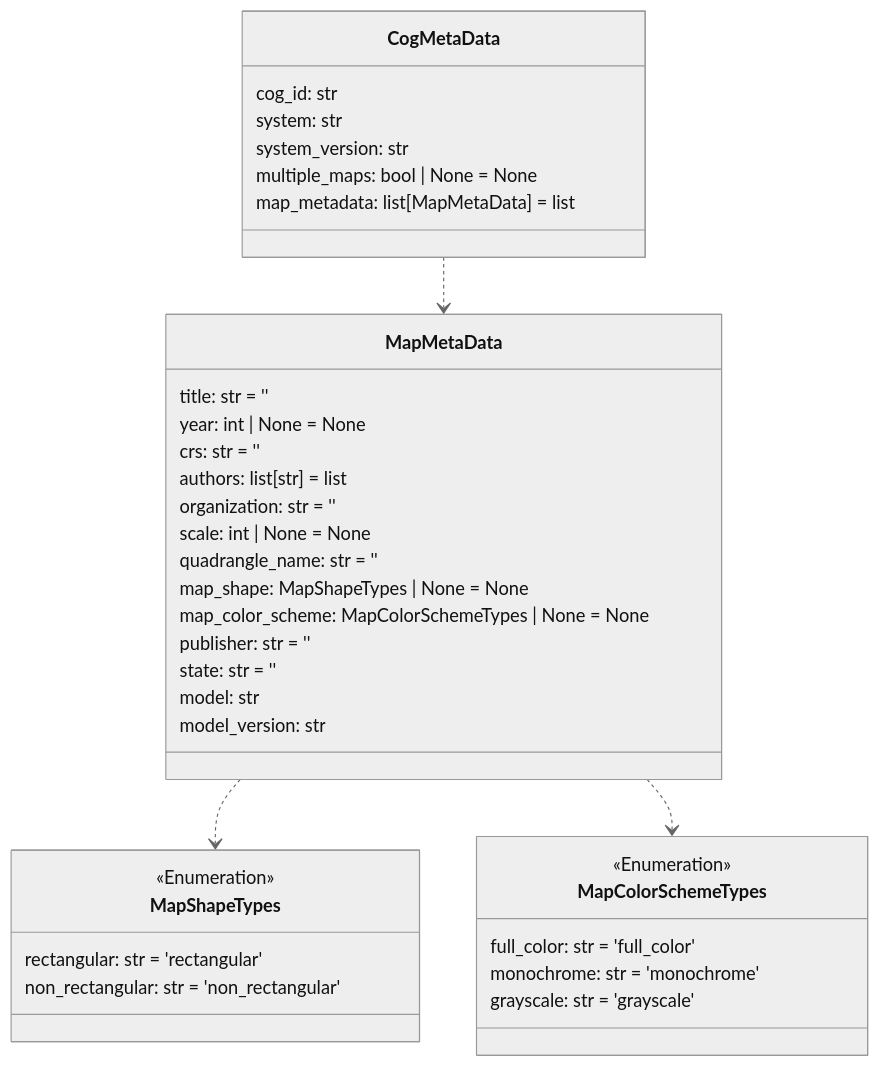
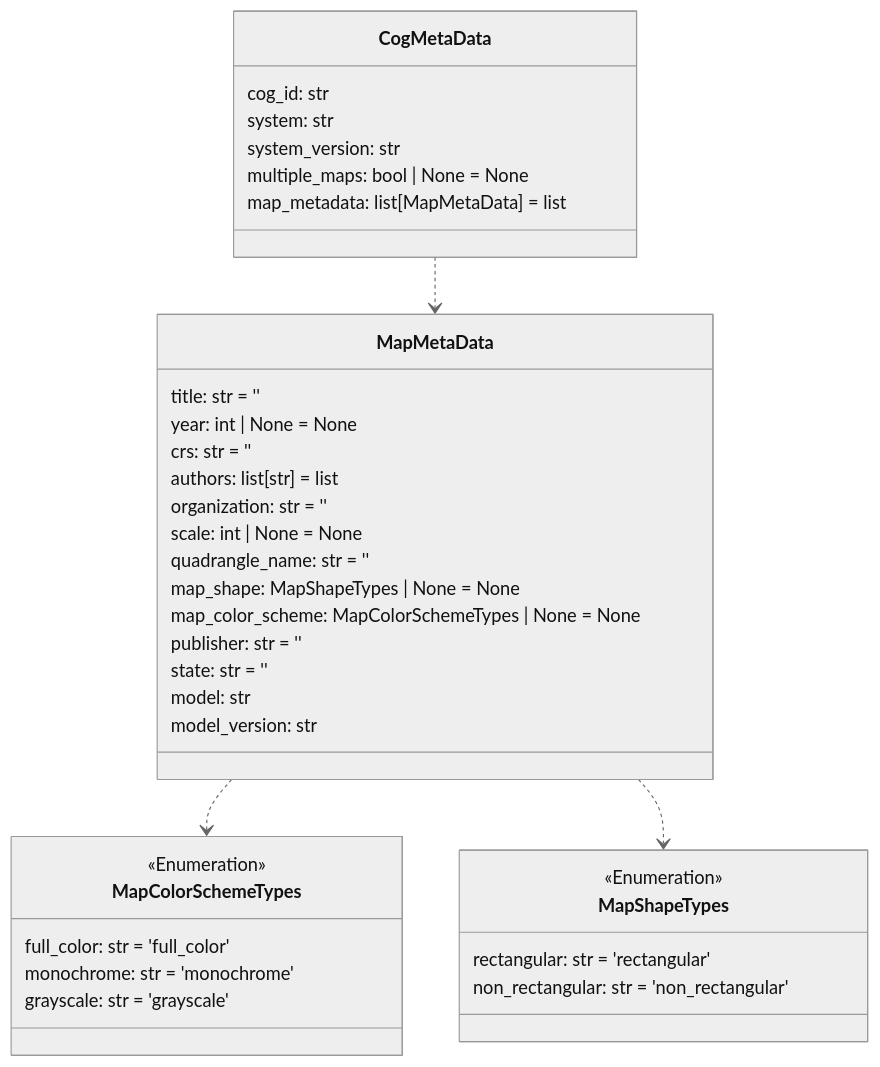
Before and after one commit to DARPA-CRITICALMAAS/cdr_schemas: the eighth of 14 diagrams in README.md, drawn with Mermaid (neutral theme). The commit also changed other lines of this file and 3 other files, not shown here.

First line of the commit message:
Beak-TA3 BNN and SOM Schema Additions (#79)

````diff
--- a/README.md
+++ b/README.md
@@ -641,46 +641,46 @@
 ```mermaid
 classDiagram
 
-    class MapShapeTypes {
+    class MapColorSchemeTypes {
         <<Enumeration>>
-        rectangular: str = 'rectangular'
-        non_rectangular: str = 'non_rectangular'
+        full_color: str = 'full_color'
+        monochrome: str = 'monochrome'
+        grayscale: str = 'grayscale'
     }
 
     class MapMetaData {
         title: str = ''
         year: int | None = None
         crs: str = ''
         authors: list[str] = list
         organization: str = ''
         scale: int | None = None
         quadrangle_name: str = ''
         map_shape: MapShapeTypes | None = None
         map_color_scheme: MapColorSchemeTypes | None = None
         publisher: str = ''
         state: str = ''
         model: str
         model_version: str
     }
 
-    class MapColorSchemeTypes {
-        <<Enumeration>>
-        full_color: str = 'full_color'
-        monochrome: str = 'monochrome'
-        grayscale: str = 'grayscale'
-    }
-
     class CogMetaData {
         cog_id: str
         system: str
         system_version: str
         multiple_maps: bool | None = None
         map_metadata: list[MapMetaData] = list
     }
 
+    class MapShapeTypes {
+        <<Enumeration>>
+        rectangular: str = 'rectangular'
+        non_rectangular: str = 'non_rectangular'
+    }
+
+    MapMetaData ..> MapColorSchemeTypes
     MapMetaData ..> MapShapeTypes
-    MapMetaData ..> MapColorSchemeTypes
     CogMetaData ..> MapMetaData
 
 
 ```
````
